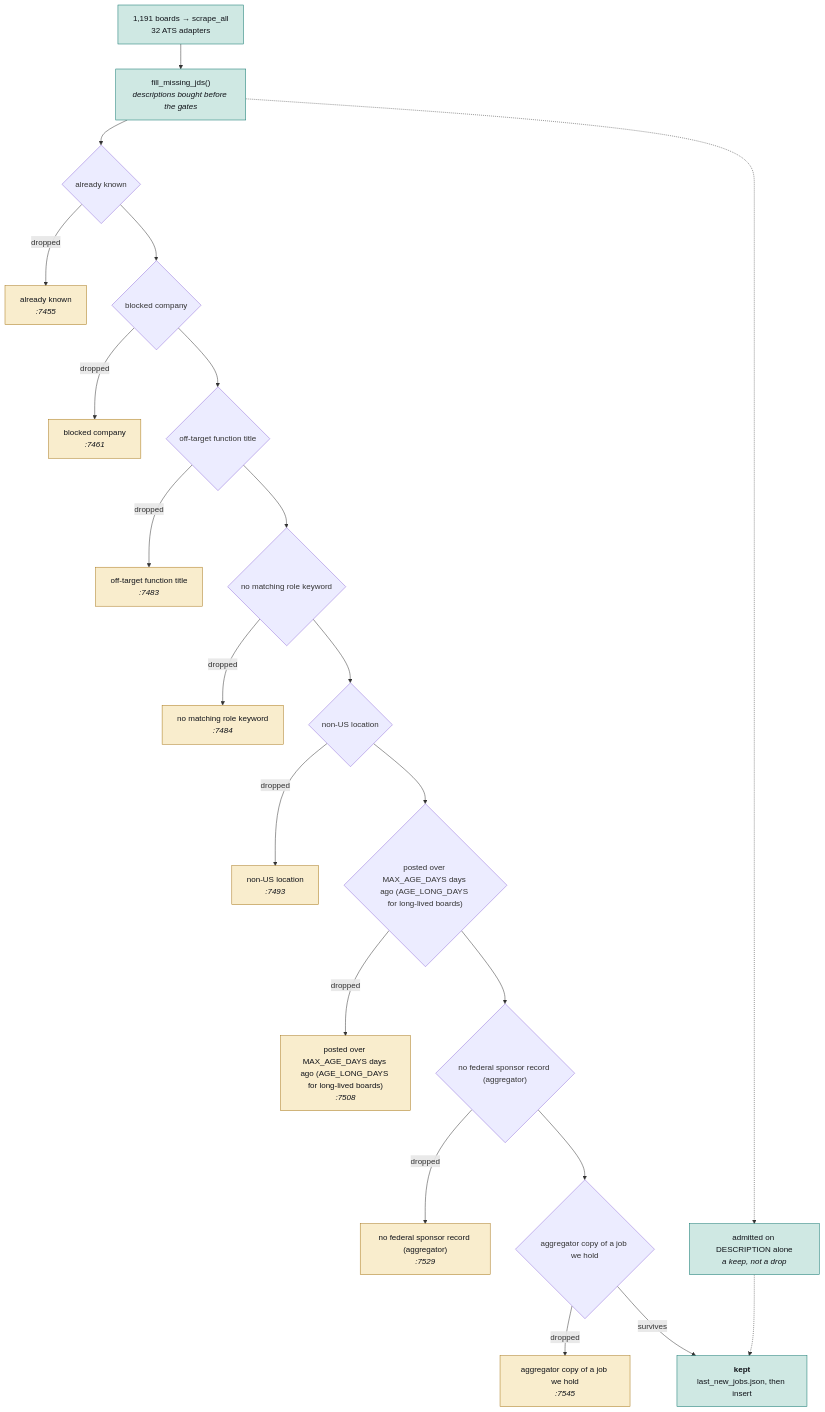
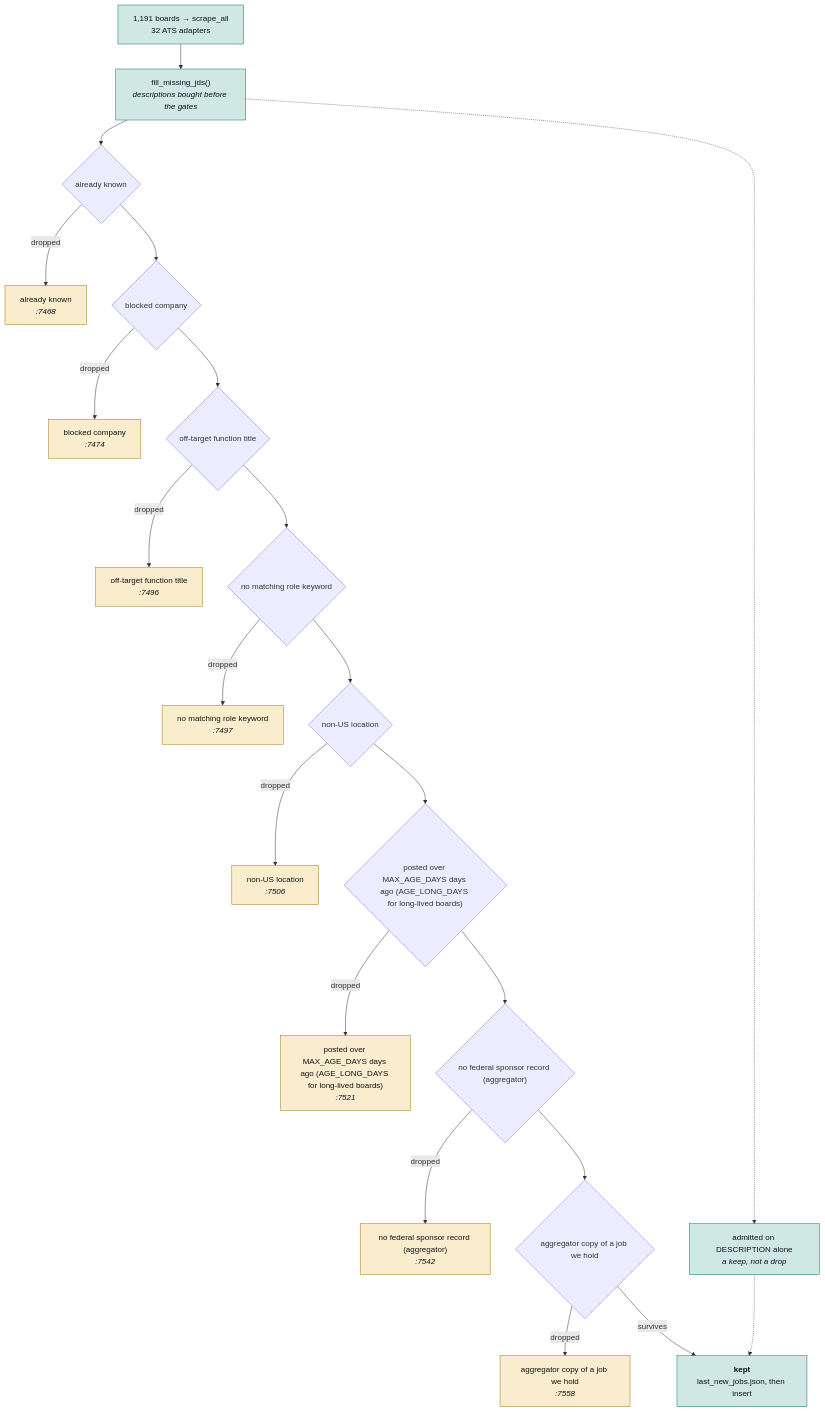
One commit to hadakunal909-debug/job-search-tool changed the second of 4 diagrams in JobMatch Scraper/docs/ARCHITECTURE.md. Above: the diagram before and after it, drawn with Mermaid. The commit also changed other lines of this file and 6 other files, not shown here.

````diff
--- a/JobMatch Scraper/docs/ARCHITECTURE.md
+++ b/JobMatch Scraper/docs/ARCHITECTURE.md
@@ -106,54 +106,54 @@
 ```mermaid
 flowchart TB
   SRC["1,191 boards → scrape_all<br/>32 ATS adapters"]
   JD["fill_missing_jds()<br/><i>descriptions bought before the gates</i>"]
   SRC --> JD
   G0{"already known"}
-  D0["already known<br/><i>:7455</i>"]
+  D0["already known<br/><i>:7468</i>"]
   JD --> G0
   G0 -->|dropped| D0
   class D0 trap
   G1{"blocked company"}
-  D1["blocked company<br/><i>:7461</i>"]
+  D1["blocked company<br/><i>:7474</i>"]
   G0 --> G1
   G1 -->|dropped| D1
   class D1 trap
   G2{"off-target function title"}
-  D2["off-target function title<br/><i>:7483</i>"]
+  D2["off-target function title<br/><i>:7496</i>"]
   G1 --> G2
   G2 -->|dropped| D2
   class D2 trap
   G3{"no matching role keyword"}
-  D3["no matching role keyword<br/><i>:7484</i>"]
+  D3["no matching role keyword<br/><i>:7497</i>"]
   G2 --> G3
   G3 -->|dropped| D3
   class D3 trap
   G4{"non-US location"}
-  D4["non-US location<br/><i>:7493</i>"]
+  D4["non-US location<br/><i>:7506</i>"]
   G3 --> G4
   G4 -->|dropped| D4
   class D4 trap
   G5{"posted over MAX_AGE_DAYS days ago (AGE_LONG_DAYS for long-lived boards)"}
-  D5["posted over MAX_AGE_DAYS days ago (AGE_LONG_DAYS for long-lived boards)<br/><i>:7508</i>"]
+  D5["posted over MAX_AGE_DAYS days ago (AGE_LONG_DAYS for long-lived boards)<br/><i>:7521</i>"]
   G4 --> G5
   G5 -->|dropped| D5
   class D5 trap
   G6{"no federal sponsor record (aggregator)"}
-  D6["no federal sponsor record (aggregator)<br/><i>:7529</i>"]
+  D6["no federal sponsor record (aggregator)<br/><i>:7542</i>"]
   G5 --> G6
   G6 -->|dropped| D6
   class D6 trap
   G7{"aggregator copy of a job we hold"}
-  D7["aggregator copy of a job we hold<br/><i>:7545</i>"]
+  D7["aggregator copy of a job we hold<br/><i>:7558</i>"]
   G6 --> G7
   G7 -->|dropped| D7
   class D7 trap
   KEEP["<b>kept</b><br/>last_new_jobs.json, then insert"]
   G7 -->|survives| KEEP
   RESCUE["admitted on DESCRIPTION alone<br/><i>a keep, not a drop</i>"]
   JD -.-> RESCUE
   RESCUE -.-> KEEP
   classDef trap fill:#f9edcd,stroke:#a8781a,color:#101319
   classDef sched fill:#cfe8e3,stroke:#0f766e,color:#101319
   class SRC,JD,KEEP,RESCUE sched
 ```
````
